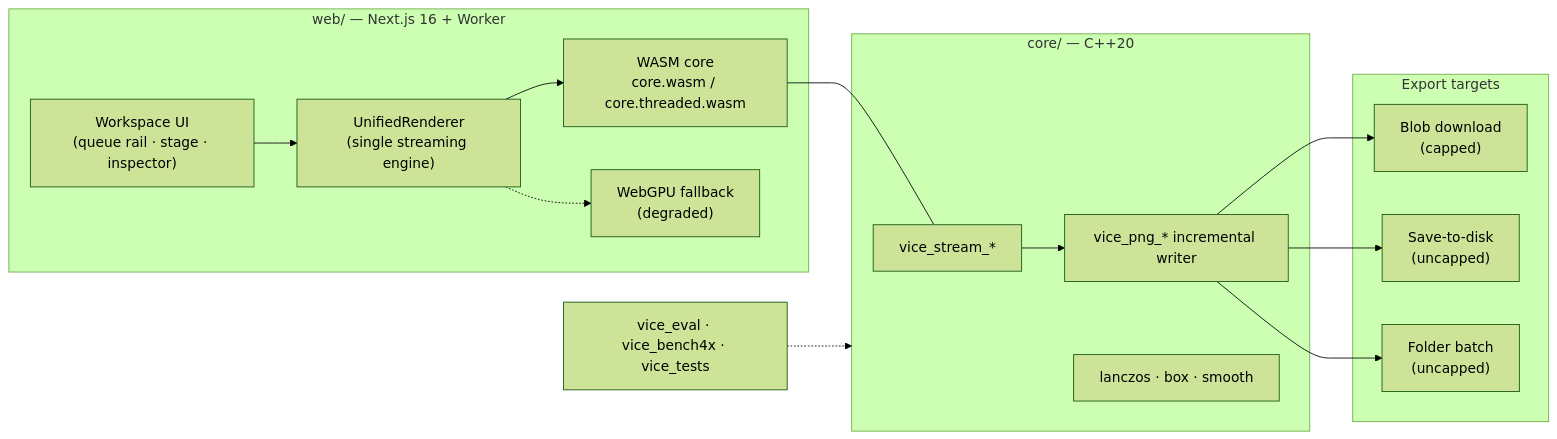
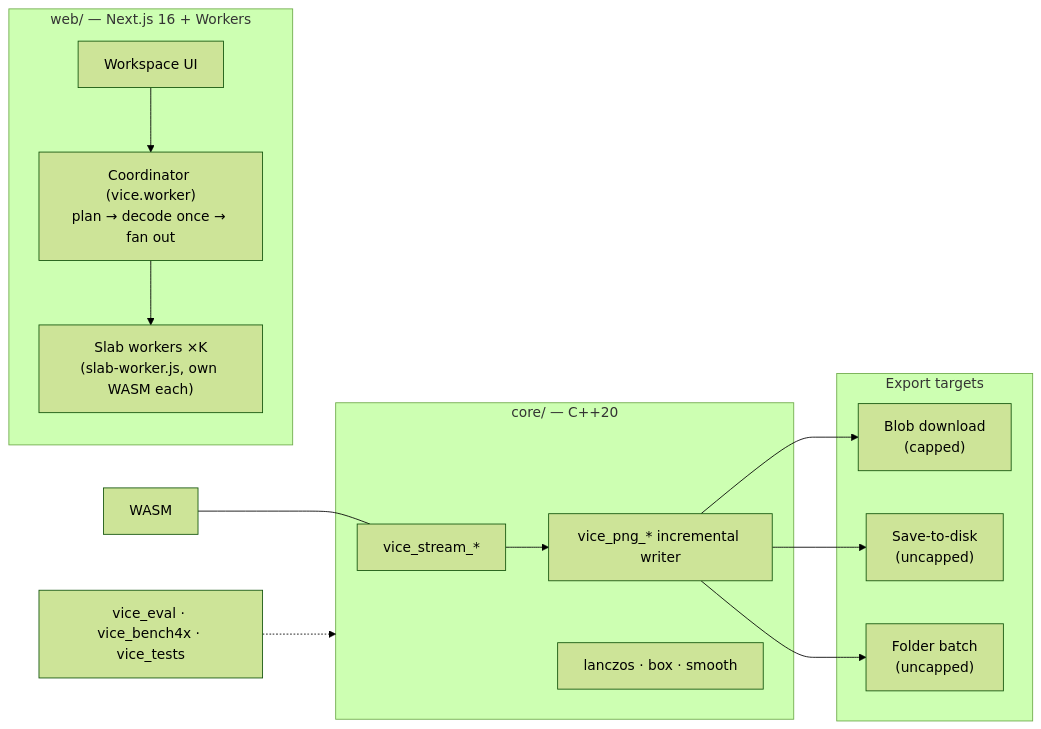
Before and after one commit to neaL367/vice: the first of 7 diagrams in ARCHITECTURE.md, drawn with Mermaid (forest theme). The commit also changed other lines of this file and 1 other file, not shown here.

Commit message:
docs: slab workers, exact-sum guarantee, planner, no WebGPU/threaded isolation

````diff
--- a/ARCHITECTURE.md
+++ b/ARCHITECTURE.md
@@ -9,25 +9,23 @@
 ```mermaid
 flowchart LR
-    subgraph APP["web/ — Next.js 16 + Worker"]
-        UI["Workspace UI\n(queue rail · stage · inspector)"]
-        UR["UnifiedRenderer\n(single streaming engine)"]
-        WASM["WASM core\ncore.wasm / core.threaded.wasm"]
-        GPU["WebGPU fallback\n(degraded)"]
-        UI --> UR --> WASM
-        UR -.-> GPU
+    subgraph APP["web/ — Next.js 16 + Workers"]
+        UI["Workspace UI"]
+        COORD["Coordinator (vice.worker)\nplan → decode once → fan out"]
+        SLABS["Slab workers ×K\n(slab-worker.js, own WASM each)"]
+        UI --> COORD --> SLABS
     end
     subgraph CORE["core/ — C++20"]
         STREAM["vice_stream_*"]
         PNGW["vice_png_* incremental writer"]
         MATH["lanczos · box · smooth"]
     end
     subgraph OUT["Export targets"]
         BLOB["Blob download\n(capped)"]
         FILE["Save-to-disk\n(uncapped)"]
         DIR["Folder batch\n(uncapped)"]
     end
     WASM --- STREAM
     STREAM --> PNGW
     PNGW --> BLOB & FILE & DIR
     TOOLS["vice_eval · vice_bench4x · vice_tests"] -.-> CORE
 ```
````
